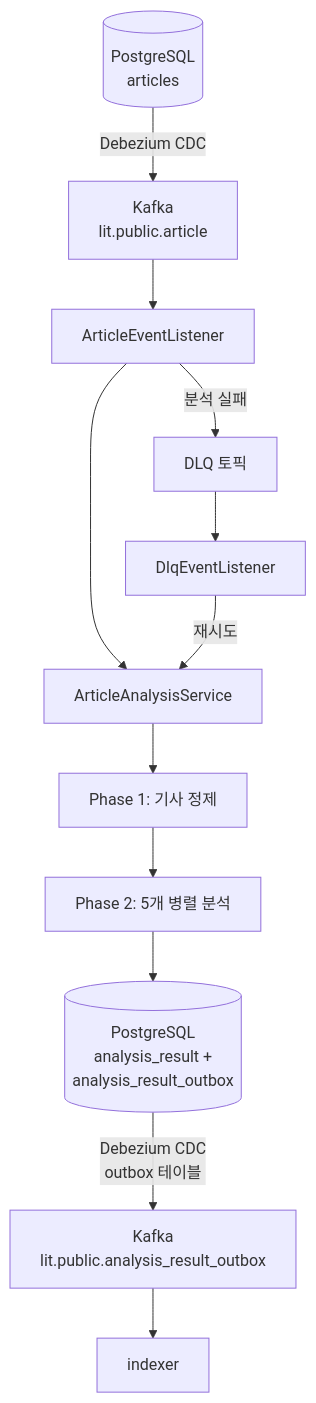
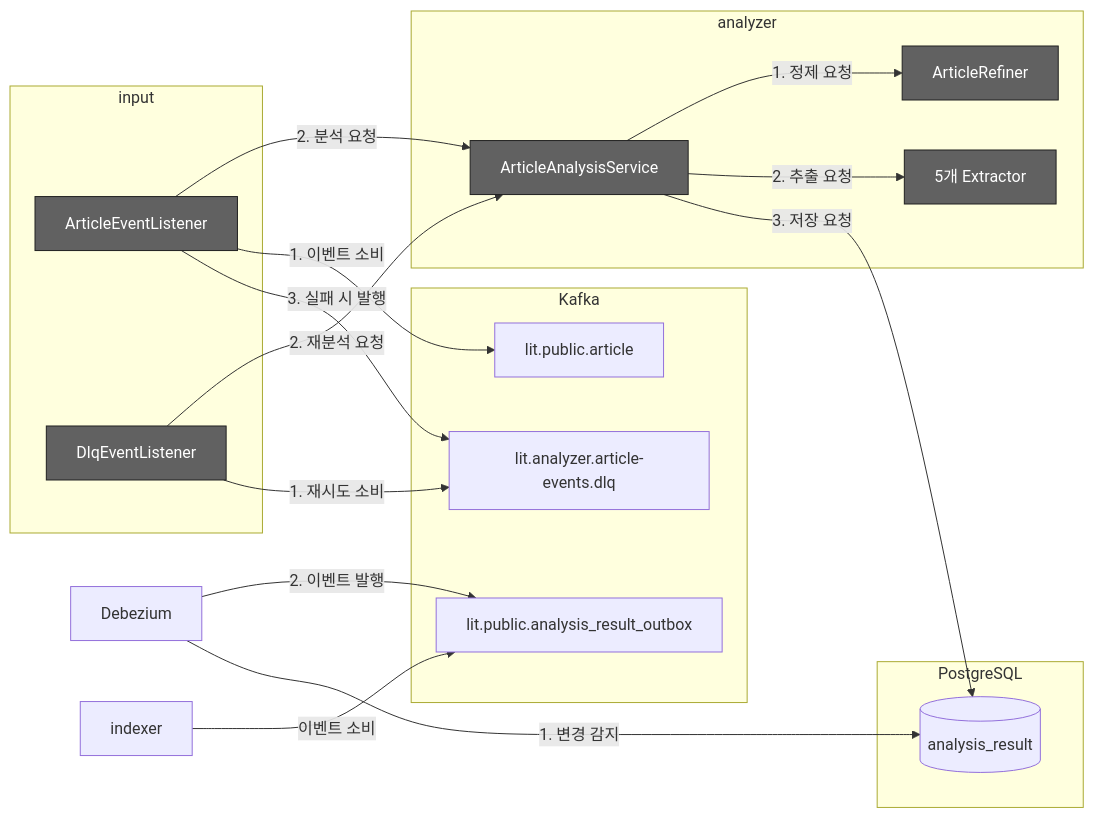
The fifth of 5 diagrams in analyzer/README.md (vonkernel/local-incident-tracker), drawn with Mermaid before and after one commit. The commit also changed other lines of this file and 17 other files, not shown here.

First line of the commit message:
Refactor documentation with improved diagrams and scripts (#20)

````diff
--- a/analyzer/README.md
+++ b/analyzer/README.md
@@ -195,14 +195,42 @@
 ```mermaid
-flowchart TD
-    A[(PostgreSQL<br/>articles)] -->|Debezium CDC| B[Kafka<br/>lit.public.article]
-    B --> C[ArticleEventListener]
-    C --> D[ArticleAnalysisService]
-    D --> E[Phase 1: 기사 정제]
-    E --> F[Phase 2: 5개 병렬 분석]
-    F --> G[(PostgreSQL<br/>analysis_result +<br/>analysis_result_outbox)]
-    G -->|Debezium CDC<br/>outbox 테이블| H[Kafka<br/>lit.public.analysis_result_outbox]
-    H --> I[indexer]
-    C -->|분석 실패| J[DLQ 토픽]
-    J --> K[DlqEventListener]
-    K -->|재시도| D
+flowchart LR
+    subgraph PostgreSQL
+        analysis_result[(analysis_result)]
+    end
+
+    subgraph Kafka
+        article_topic[lit.public.article]
+        outbox_topic[lit.public.analysis_result_outbox]
+        dlq_topic[lit.analyzer.article-events.dlq]
+    end
+
+    subgraph Input [input]
+        Listener[ArticleEventListener]
+        DlqListener[DlqEventListener]
+    end
+
+    subgraph Analyzer [analyzer]
+        Service[ArticleAnalysisService]
+        Refiner[ArticleRefiner]
+        Extractors[5개 Extractor]
+    end
+
+    Debezium[Debezium]
+    Indexer[indexer]
+
+    
+    Debezium -->|2. 이벤트 발행| outbox_topic
+    Debezium -->|1. 변경 감지| analysis_result
+    Listener -->|2. 분석 요청| Service
+    Listener -->|1. 이벤트 소비| article_topic
+    Listener -->|3. 실패 시 발행| dlq_topic
+    Service -->|1. 정제 요청| Refiner
+    Service -->|2. 추출 요청| Extractors
+    Service -->|3. 저장 요청| analysis_result
+    DlqListener -->|2. 재분석 요청| Service
+    DlqListener -->|1. 재시도 소비| dlq_topic
+    Indexer -->|이벤트 소비| outbox_topic
+
+    classDef app fill:#616161,stroke:#212121,color:#fff
+    class Listener,DlqListener,Service,Refiner,Extractors app
 ```
````
